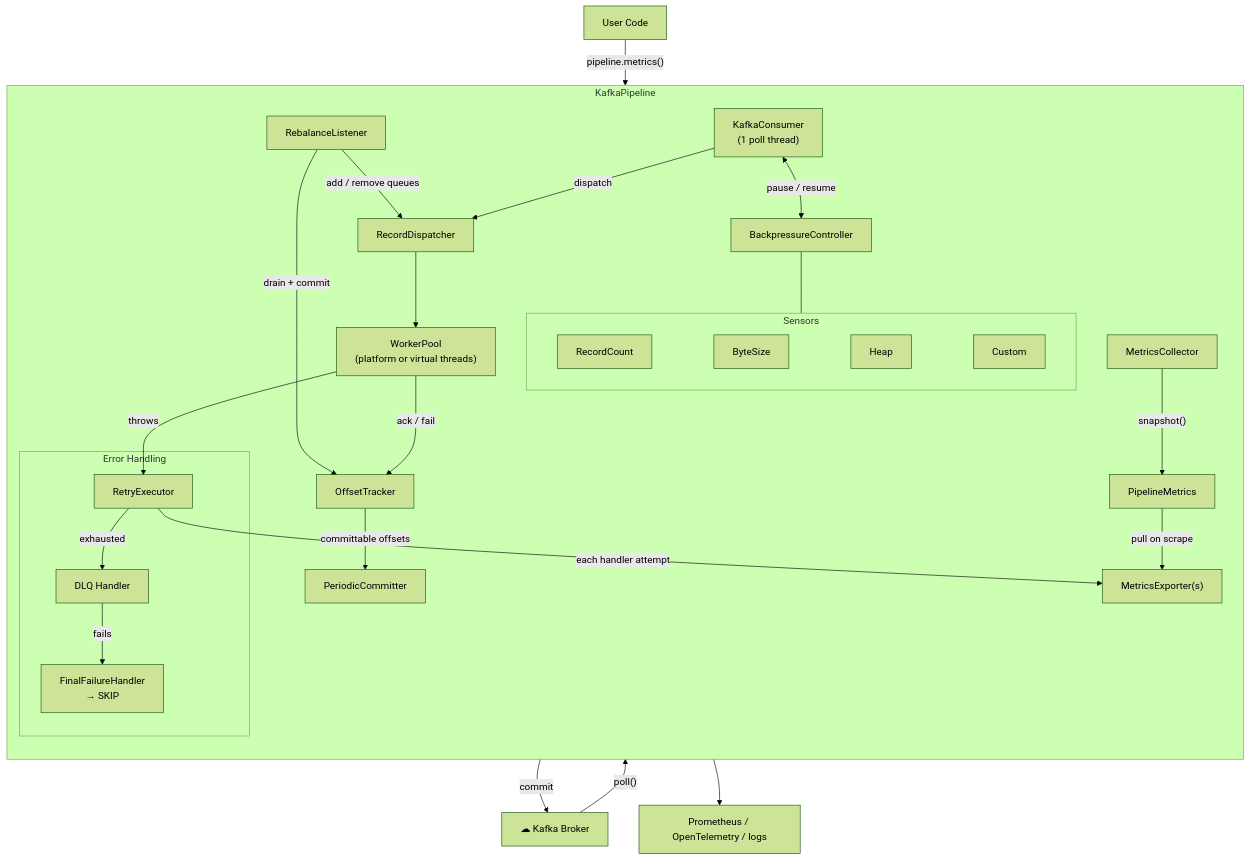
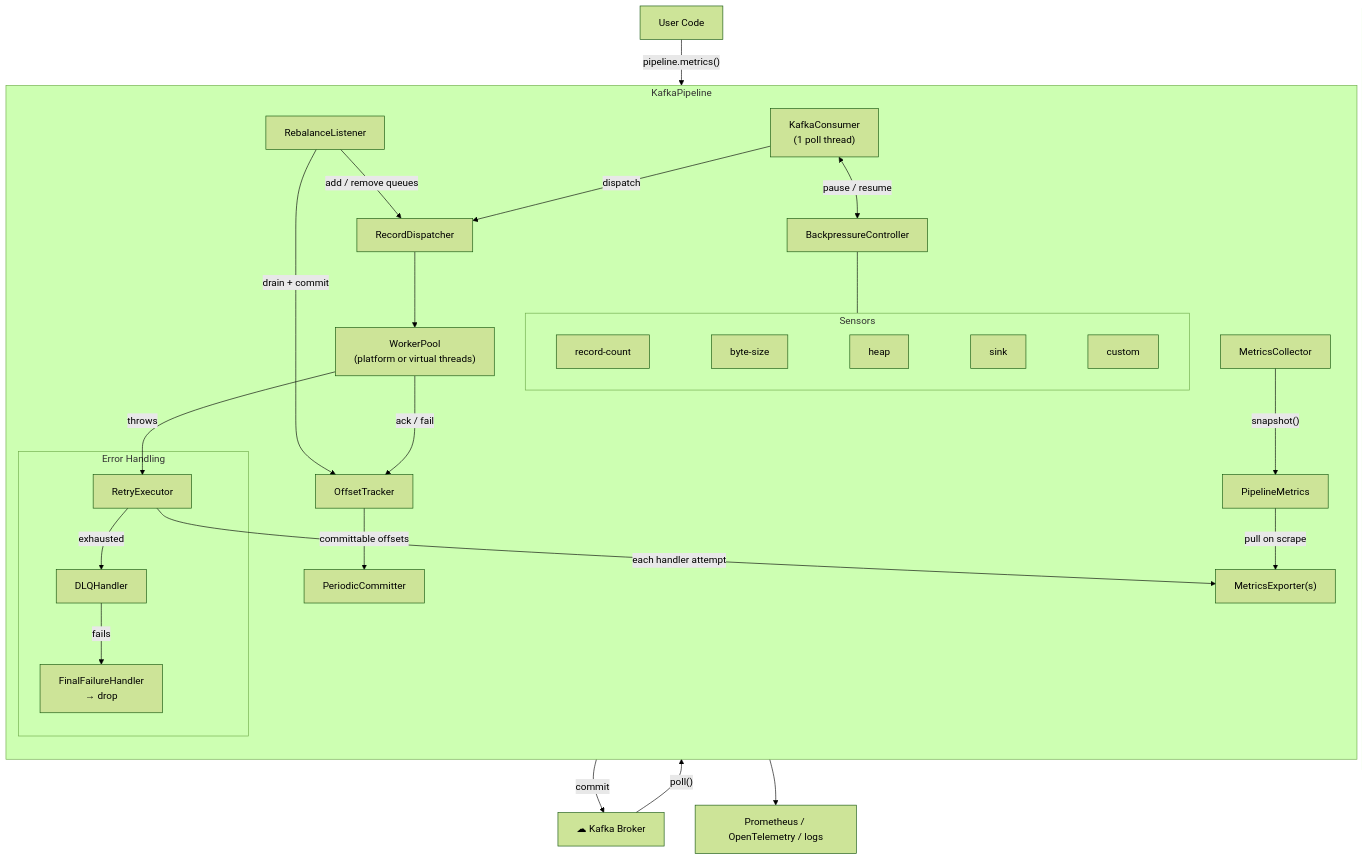
The diagram in README.md (openlogiclab/kafka-pipeline), drawn with Mermaid (forest theme) before and after one commit. The commit also changed other lines of this file and 127 other files, not shown here.

````diff
--- a/README.md
+++ b/README.md
@@ -91,41 +91,41 @@
 ```mermaid
 flowchart TB
   Broker["☁ Kafka Broker"]
 
   Broker -->|"poll()"| KafkaConsumer
   PeriodicCommitter -->|"commit"| Broker
 
   subgraph Pipeline["KafkaPipeline"]
     direction TB
 
     KafkaConsumer["KafkaConsumer\n(1 poll thread)"]
     KafkaConsumer <-->|"pause / resume"| BackpressureController
     BackpressureController --- Sensors
     subgraph Sensors["Sensors"]
       direction LR
-      RecordCount["RecordCount"] ~~~ ByteSize["ByteSize"] ~~~ Heap["Heap"] ~~~ Custom["Custom"]
+      RecordCount["record-count"] ~~~ ByteSize["byte-size"] ~~~ Heap["heap"] ~~~ Sink["sink"] ~~~ Custom["custom"]
     end
 
     KafkaConsumer -->|"dispatch"| RecordDispatcher
     RecordDispatcher --> WorkerPool["WorkerPool\n(platform or virtual threads)"]
 
     WorkerPool -->|"ack / fail"| OffsetTracker
     OffsetTracker -->|"committable offsets"| PeriodicCommitter
 
     WorkerPool -->|"throws"| RetryExecutor
     subgraph ErrorHandling["Error Handling"]
-      RetryExecutor -->|"exhausted"| DlqHandler["DLQ Handler"]
-      DlqHandler -->|"fails"| FinalHandler["FinalFailureHandler\n→ SKIP"]
+      RetryExecutor -->|"exhausted"| DLQHandler["DLQHandler"]
+      DLQHandler -->|"fails"| FinalHandler["FinalFailureHandler\n→ drop"]
     end
 
     RebalanceListener -->|"drain + commit"| OffsetTracker
     RebalanceListener -->|"add / remove queues"| RecordDispatcher
 
     MetricsCollector -->|"snapshot()"| PipelineMetrics
     RetryExecutor -->|"each handler attempt"| Exporters["MetricsExporter(s)"]
     PipelineMetrics -->|"pull on scrape"| Exporters
   end
 
   UserCode["User Code"] -->|"pipeline.metrics()"| PipelineMetrics
   Exporters --> Monitoring["Prometheus / OpenTelemetry / logs"]
 ```
````
